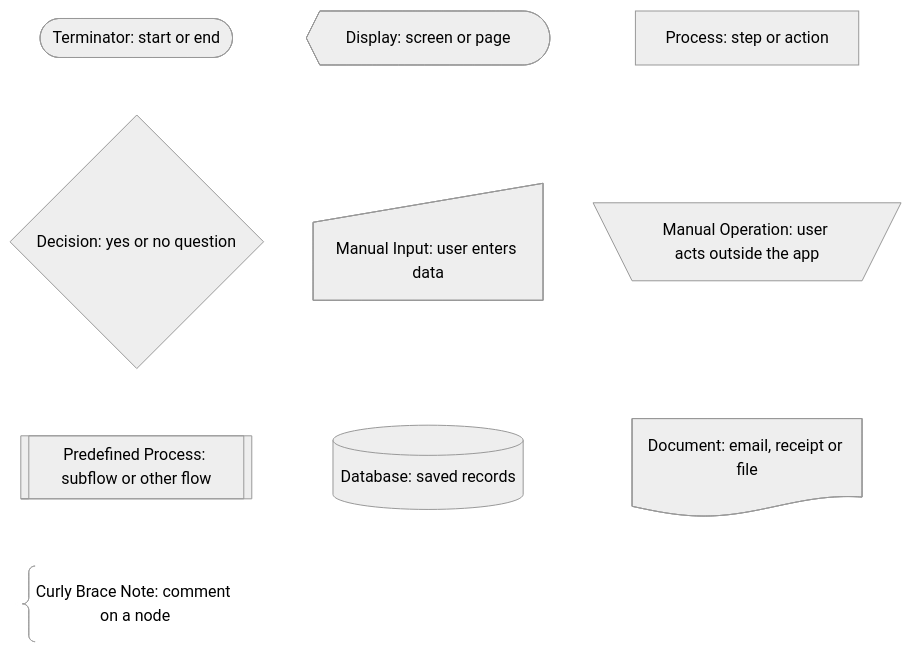
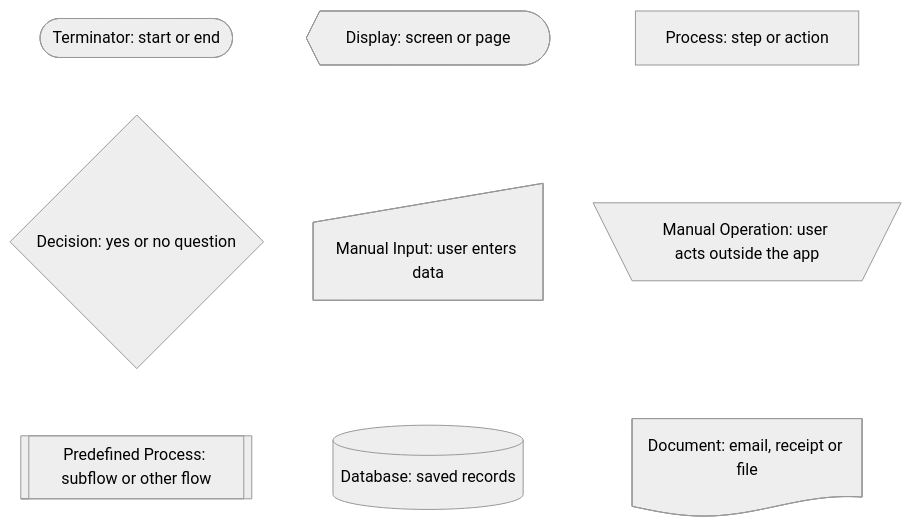
Before and after one commit to yoursharif/mermaid-userflow-diagram: the second of 4 diagrams in references/diagrams.md, drawn with Mermaid (neutral theme). The commit also changed other lines of this file, not shown here.

First line of the commit message:
Drop the note from the signup diagram

````diff
--- a/references/diagrams.md
+++ b/references/diagrams.md
@@ -53,21 +51,19 @@
 ```mermaid
 flowchart TD
   lgTerminator@{ shape: stadium, label: "Terminator: start or end" }
   lgDisplay@{ shape: curv-trap, label: "Display: screen or page" }
   lgProcess@{ shape: rect, label: "Process: step or action" }
   lgDecision@{ shape: diam, label: "Decision: yes or no question" }
   lgManualInput@{ shape: sl-rect, label: "Manual Input: user enters data" }
   lgManualOperation@{ shape: trap-t, label: "Manual Operation: user acts outside the app" }
   lgPredefinedProcess@{ shape: fr-rect, label: "Predefined Process: subflow or other flow" }
   lgDatabase@{ shape: cyl, label: "Database: saved records" }
   lgDocument@{ shape: doc, label: "Document: email, receipt or file" }
-  lgCurlyBraceNote@{ shape: brace, label: "Curly Brace Note: comment on a node" }
 
   lgTerminator ~~~ lgDecision
   lgDisplay ~~~ lgManualInput
   lgProcess ~~~ lgManualOperation
   lgDecision ~~~ lgPredefinedProcess
   lgManualInput ~~~ lgDatabase
   lgManualOperation ~~~ lgDocument
-  lgPredefinedProcess ~~~ lgCurlyBraceNote
 ```
````
